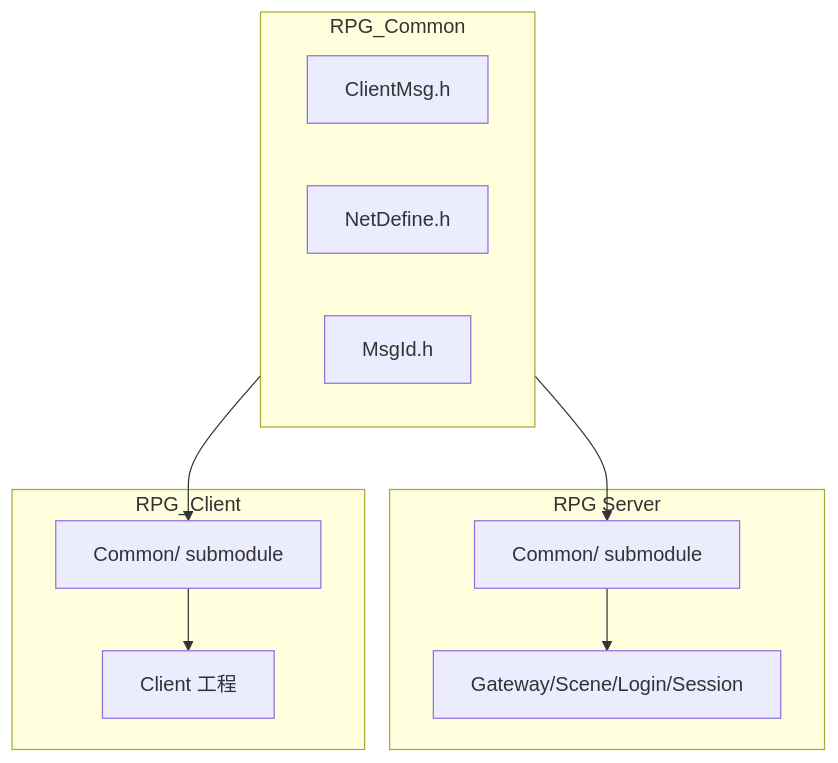
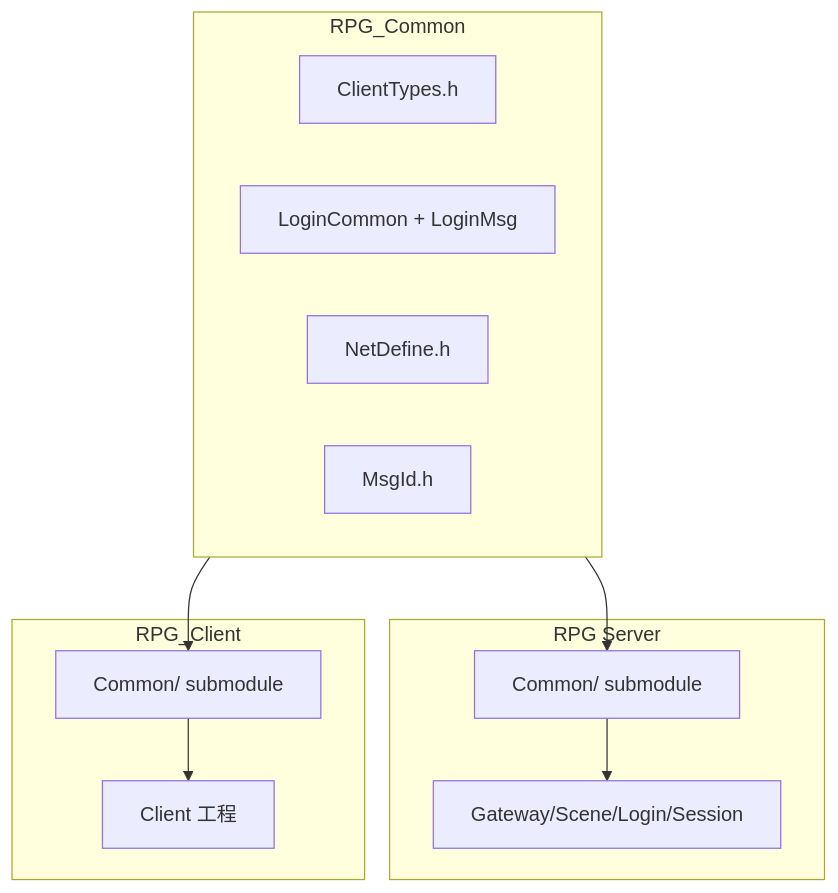
The first of 2 diagrams in docs/COMMON.md (hechuangguo/RPG_Server), drawn with Mermaid before and after one commit. The commit also changed other lines of this file and 3 other files, not shown here.

````diff
--- a/docs/COMMON.md
+++ b/docs/COMMON.md
@@ -34,20 +52,21 @@
 ```mermaid
 flowchart TB
     subgraph RPG_Common_repo [RPG_Common]
-        ClientMsg[ClientMsg.h]
+        ClientTypes[ClientTypes.h]
+        LoginPair[LoginCommon + LoginMsg]
         NetDefine[NetDefine.h]
         MsgId[MsgId.h]
     end
     subgraph RPG [RPG Server]
         ServerCommon[Common/ submodule]
         ServerCode[Gateway/Scene/Login/Session]
     end
     subgraph RPG_Client [RPG_Client]
         ClientCommon[Common/ submodule]
         ClientCode[Client 工程]
     end
     RPG_Common_repo --> ServerCommon
     RPG_Common_repo --> ClientCommon
     ServerCommon --> ServerCode
     ClientCommon --> ClientCode
 ```
````
